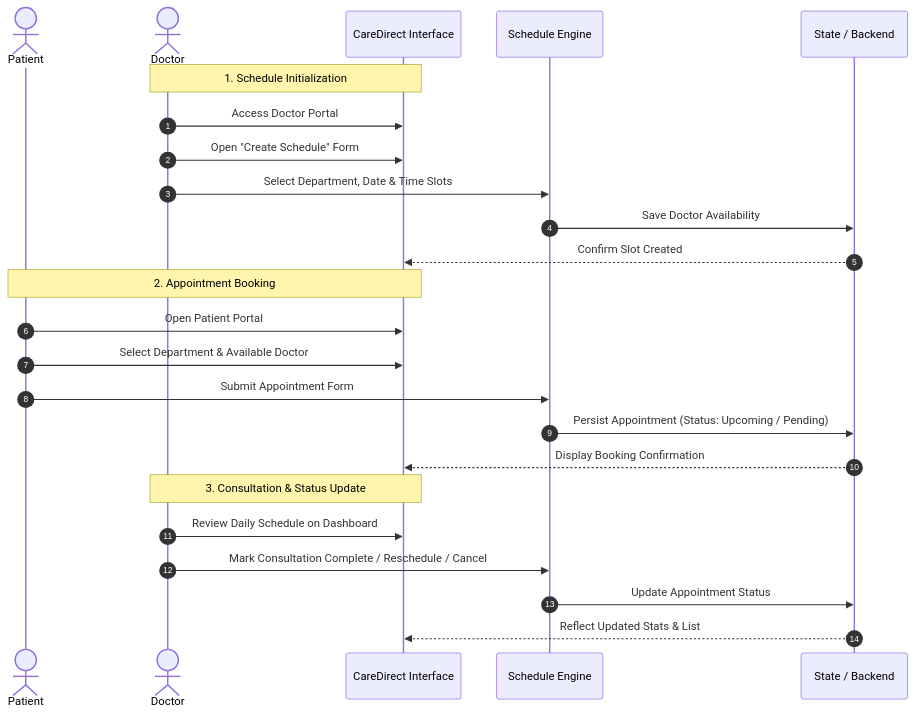
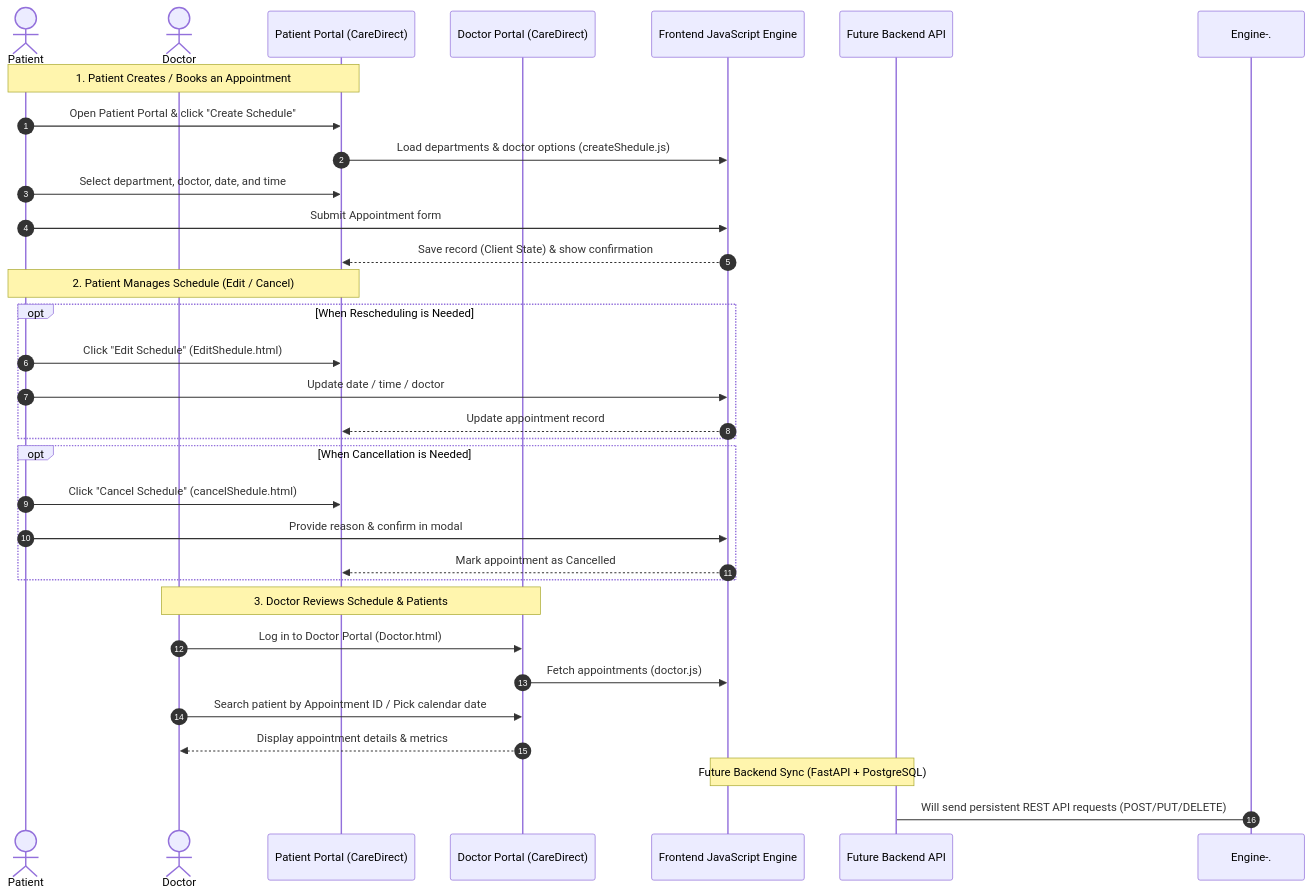
Before and after one commit to ankitakumari-eng/Appointment_shedule: the second of 3 diagrams in README.md, drawn with Mermaid. The commit also changed other lines of this file, not shown here.

Commit message:
Docs: correct application flow to reflect patient-owned schedule actions and pure HTML/CSS/JS frontend with future backend roadmap

````diff
--- a/README.md
+++ b/README.md
@@ -216,29 +238,38 @@
 ```mermaid
 sequenceDiagram
     autonumber
     actor Patient
     actor Doctor
-    participant UI as CareDirect Interface
-    participant Logic as Schedule Engine
-    participant Store as State / Backend
+    participant PatUI as Patient Portal (CareDirect)
+    participant DocUI as Doctor Portal (CareDirect)
+    participant Engine as Frontend JavaScript Engine
+    participant FutureAPI as Future Backend API
 
-    Note over Doctor, UI: 1. Schedule Initialization
-    Doctor->>UI: Access Doctor Portal
-    Doctor->>UI: Open "Create Schedule" Form
-    Doctor->>Logic: Select Department, Date & Time Slots
-    Logic->>Store: Save Doctor Availability
-    Store-->>UI: Confirm Slot Created
+    Note over Patient, PatUI: 1. Patient Creates / Books an Appointment
+    Patient->>PatUI: Open Patient Portal & click "Create Schedule"
+    PatUI->>Engine: Load departments & doctor options (createShedule.js)
+    Patient->>PatUI: Select department, doctor, date, and time
+    Patient->>Engine: Submit Appointment form
+    Engine-->>PatUI: Save record (Client State) & show confirmation
 
-    Note over Patient, UI: 2. Appointment Booking
-    Patient->>UI: Open Patient Portal
-    Patient->>UI: Select Department & Available Doctor
-    Patient->>Logic: Submit Appointment Form
-    Logic->>Store: Persist Appointment (Status: Upcoming / Pending)
-    Store-->>UI: Display Booking Confirmation
+    Note over Patient, PatUI: 2. Patient Manages Schedule (Edit / Cancel)
+    opt When Rescheduling is Needed
+        Patient->>PatUI: Click "Edit Schedule" (EditShedule.html)
+        Patient->>Engine: Update date / time / doctor
+        Engine-->>PatUI: Update appointment record
+    end
+    opt When Cancellation is Needed
+        Patient->>PatUI: Click "Cancel Schedule" (cancelShedule.html)
+        Patient->>Engine: Provide reason & confirm in modal
+        Engine-->>PatUI: Mark appointment as Cancelled
+    end
 
-    Note over Doctor, UI: 3. Consultation & Status Update
-    Doctor->>UI: Review Daily Schedule on Dashboard
-    Doctor->>Logic: Mark Consultation Complete / Reschedule / Cancel
-    Logic->>Store: Update Appointment Status
-    Store-->>UI: Reflect Updated Stats & List
+    Note over Doctor, DocUI: 3. Doctor Reviews Schedule & Patients
+    Doctor->>DocUI: Log in to Doctor Portal (Doctor.html)
+    DocUI->>Engine: Fetch appointments (doctor.js)
+    Doctor->>DocUI: Search patient by Appointment ID / Pick calendar date
+    DocUI-->>Doctor: Display appointment details & metrics
+    
+    Note over Engine, FutureAPI: Future Backend Sync (FastAPI + PostgreSQL)
+    Engine-.->FutureAPI: Will send persistent REST API requests (POST/PUT/DELETE)
 ```
````
